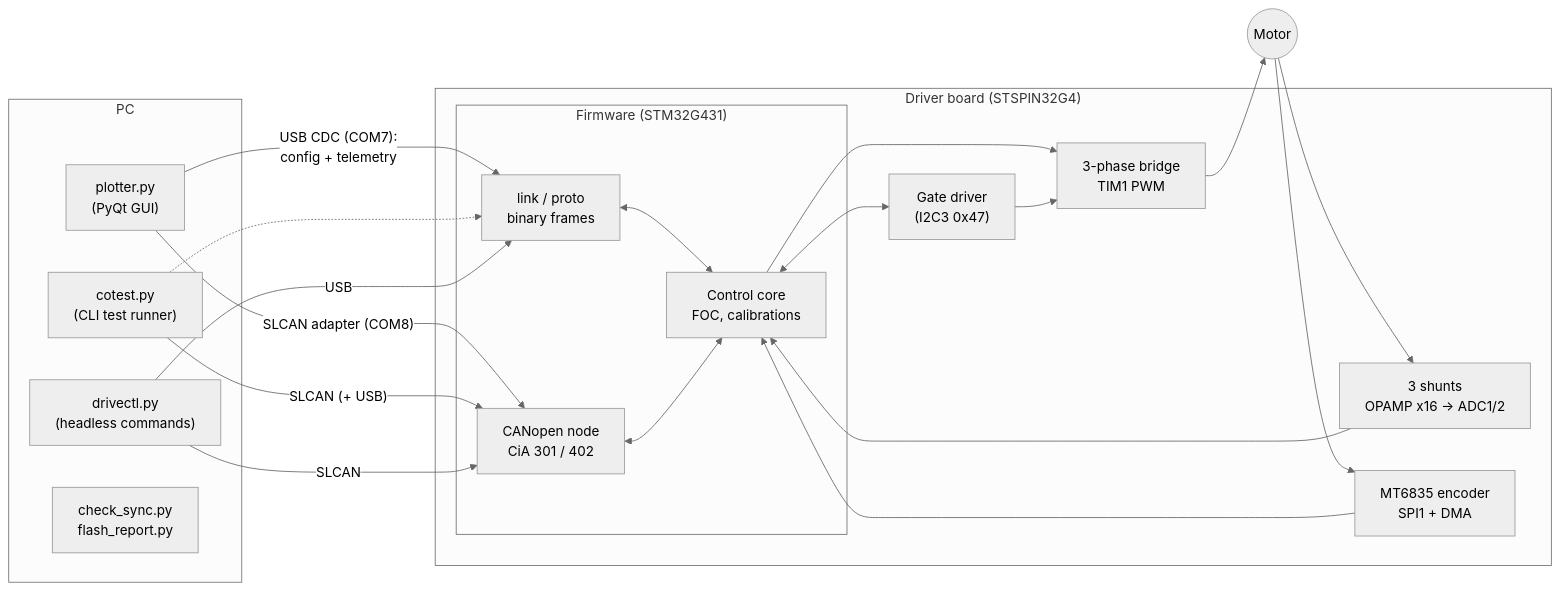
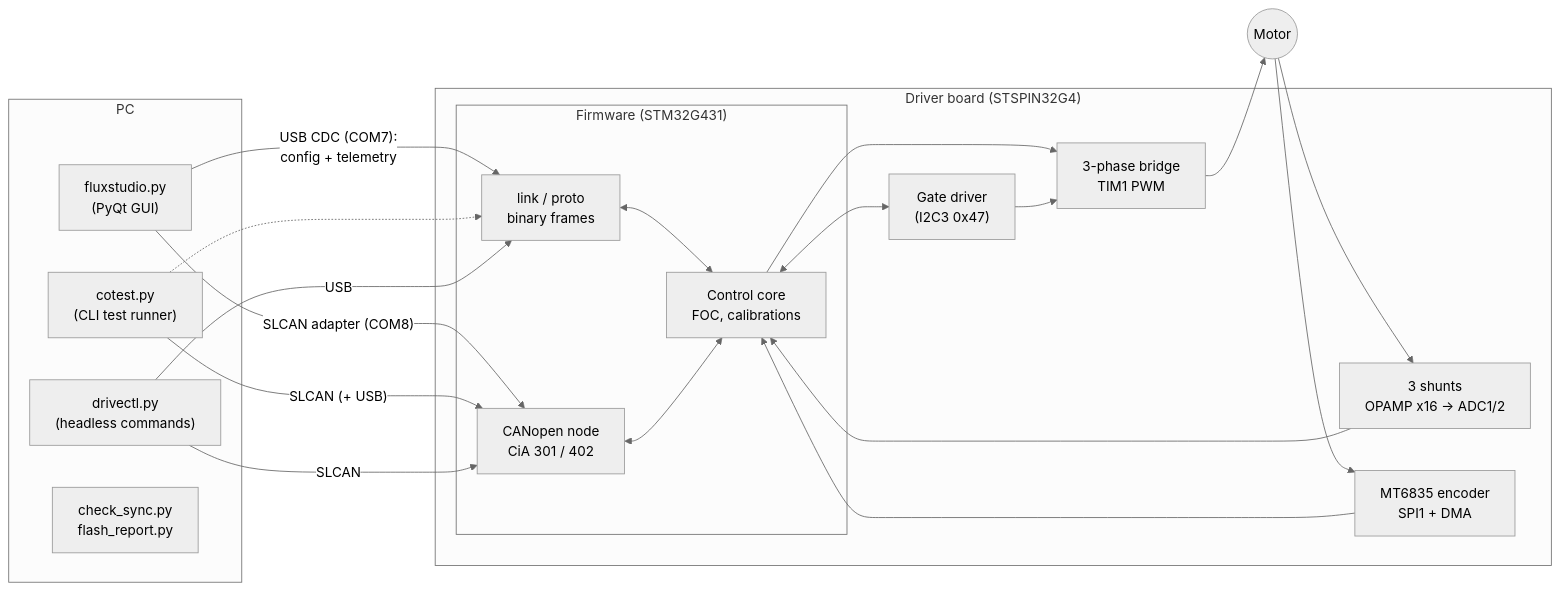
One commit to alanhpereira/fluxdrive-g4 changed the first of 15 diagrams in docs/software-structure.md. Above: the diagram before and after it, drawn with Mermaid (neutral theme). The commit also changed other lines of this file and 13 other files, not shown here.

First line of the commit message:
Rename plotter.py to fluxstudio.py (Flux Studio)

````diff
--- a/docs/software-structure.md
+++ b/docs/software-structure.md
@@ -27,38 +27,38 @@
 ```mermaid
 flowchart LR
     subgraph PC["PC"]
-        PL["plotter.py<br/>(PyQt GUI)"]
+        PL["fluxstudio.py<br/>(PyQt GUI)"]
         CT["cotest.py<br/>(CLI test runner)"]
         DC["drivectl.py<br/>(headless commands)"]
         CS["check_sync.py<br/>flash_report.py"]
     end
 
     subgraph DRV["Driver board (STSPIN32G4)"]
         subgraph FW["Firmware (STM32G431)"]
             LINK["link / proto<br/>binary frames"]
             CO["CANopen node<br/>CiA 301 / 402"]
             CTRL["Control core<br/>FOC, calibrations"]
         end
         GD["Gate driver<br/>(I2C3 0x47)"]
         BR["3-phase bridge<br/>TIM1 PWM"]
         SH["3 shunts<br/>OPAMP x16 → ADC1/2"]
         ENC["MT6835 encoder<br/>SPI1 + DMA"]
     end
 
     MOT(("Motor"))
 
     PL -- "USB CDC (COM7):<br/>config + telemetry" --> LINK
     PL -- "SLCAN adapter (COM8)" --> CO
     CT -- "SLCAN (+ USB)" --> CO
     CT -.-> LINK
     DC -- "USB" --> LINK
     DC -- "SLCAN" --> CO
     LINK <--> CTRL
     CO <--> CTRL
     CTRL --> BR
     CTRL <--> GD
     GD --> BR
     BR --> MOT
     MOT --> SH --> CTRL
     MOT --> ENC --> CTRL
 ```
````
